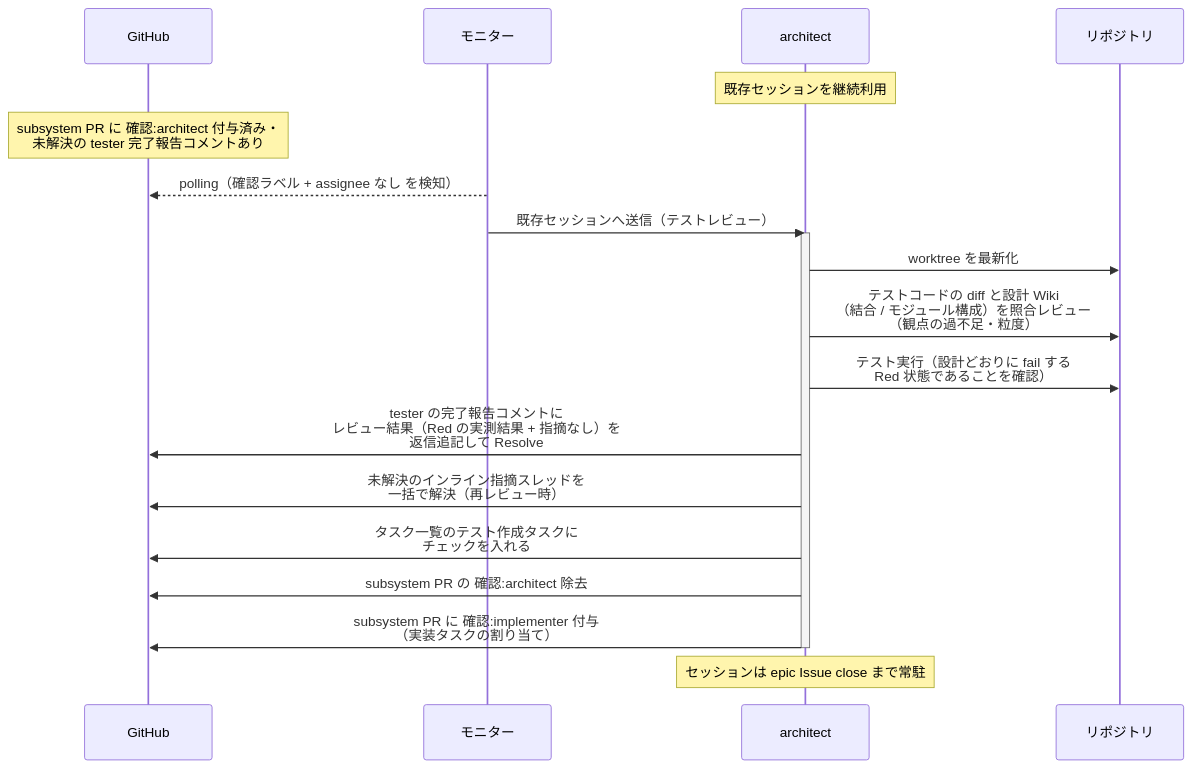
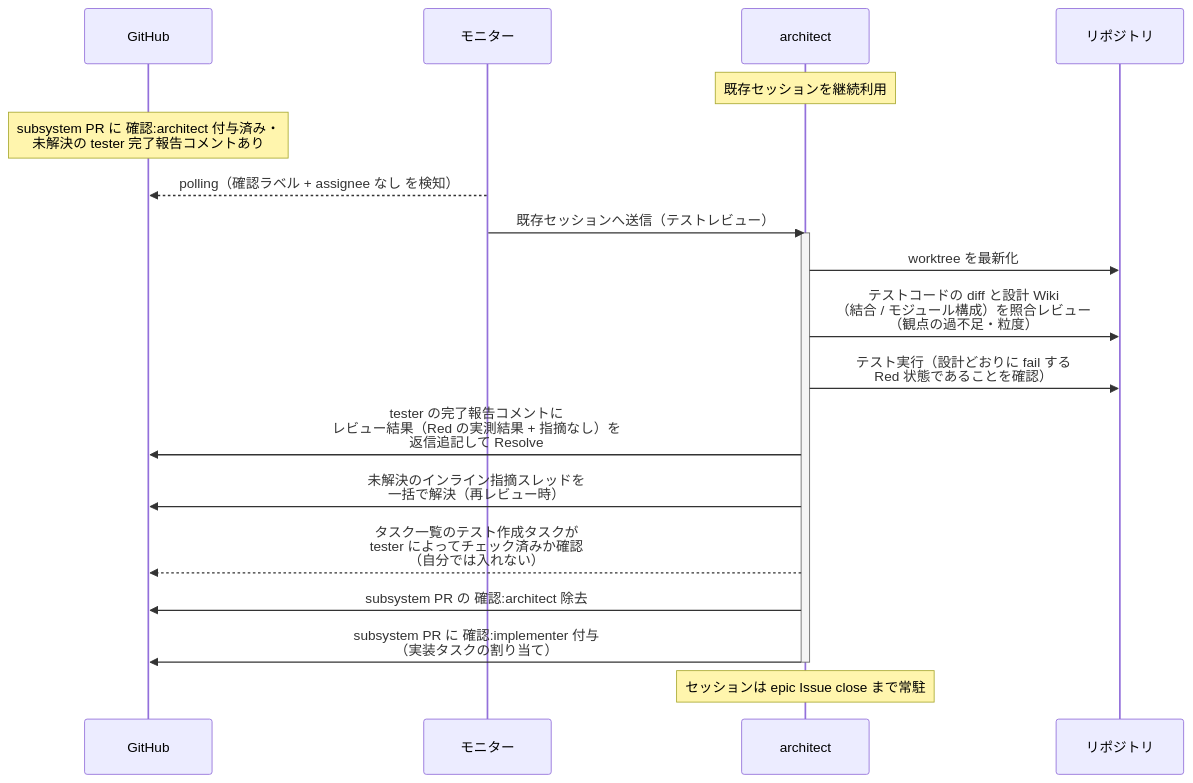
Before and after one commit to shuhei1101/ai-monitor: the first of 3 diagrams in docs/wiki/設計図/シナリオ/単一ユースケース/テストレビュー.md, drawn with Mermaid. The commit also changed other lines of this file and 77 other files, not shown here.

````diff
--- a/docs/wiki/設計図/シナリオ/単一ユースケース/テストレビュー.md
+++ b/docs/wiki/設計図/シナリオ/単一ユースケース/テストレビュー.md
@@ -27,23 +27,23 @@
 ```mermaid
 sequenceDiagram
   participant GH as GitHub
   participant ORC as モニター
   participant MON as architect
   participant REPO as リポジトリ
 
   Note over MON: 既存セッションを継続利用
   Note over GH: subsystem PR に 確認:architect 付与済み・<br>未解決の tester 完了報告コメントあり
   ORC-->>GH: polling（確認ラベル + assignee なし を検知）
   ORC->>MON: 既存セッションへ送信（テストレビュー）
   activate MON
   MON->>REPO: worktree を最新化
   MON->>REPO: テストコードの diff と設計 Wiki<br>（結合 / モジュール構成）を照合レビュー<br>（観点の過不足・粒度）
   MON->>REPO: テスト実行（設計どおりに fail する<br>Red 状態であることを確認）
   MON->>GH: tester の完了報告コメントに<br>レビュー結果（Red の実測結果 + 指摘なし）を<br>返信追記して Resolve
   MON->>GH: 未解決のインライン指摘スレッドを<br>一括で解決（再レビュー時）
-  MON->>GH: タスク一覧のテスト作成タスクに<br>チェックを入れる
+  MON-->>GH: タスク一覧のテスト作成タスクが<br>tester によってチェック済みか確認<br>（自分では入れない）
   MON->>GH: subsystem PR の 確認:architect 除去
   MON->>GH: subsystem PR に 確認:implementer 付与<br>（実装タスクの割り当て）
   deactivate MON
   Note over MON: セッションは epic Issue close まで常駐
 ```
````
